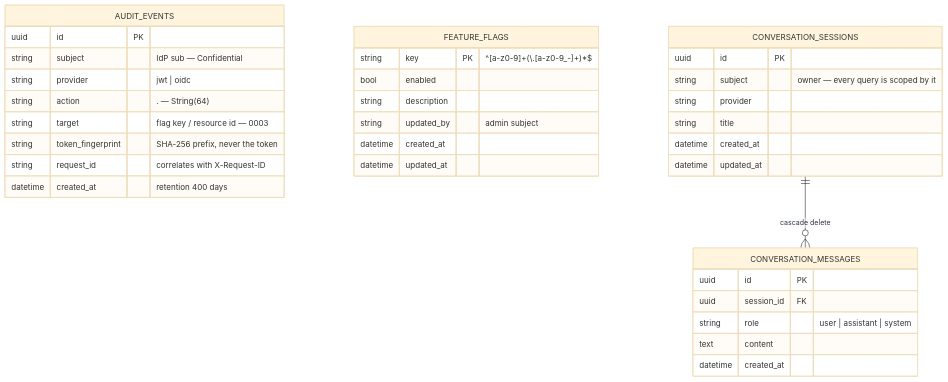
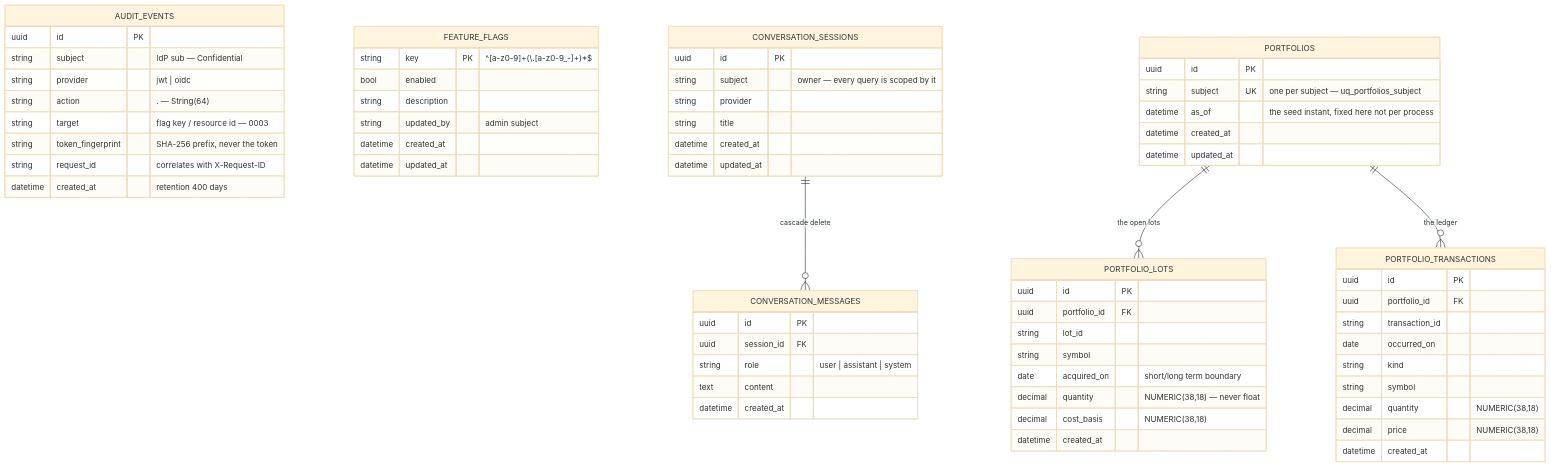
One commit to somnio-projects/finance-google-a2ui changed the diagram in docs/diagrams/07-data-model.md. Above: the diagram before and after it, drawn with Mermaid (base theme). The commit also changed other lines of this file and 8 other files, not shown here.

````diff
--- a/docs/diagrams/07-data-model.md
+++ b/docs/diagrams/07-data-model.md
@@ -5,37 +5,67 @@
 ```mermaid
 erDiagram
     AUDIT_EVENTS {
         uuid id PK
         string subject "IdP sub — Confidential"
         string provider "jwt | oidc"
         string action "<domain>.<verb> — String(64)"
         string target "flag key / resource id — 0003"
         string token_fingerprint "SHA-256 prefix, never the token"
         string request_id "correlates with X-Request-ID"
         datetime created_at "retention 400 days"
     }
     FEATURE_FLAGS {
         string key PK "^[a-z0-9]+(\\.[a-z0-9_-]+)*$"
         bool enabled
         string description
         string updated_by "admin subject"
         datetime created_at
         datetime updated_at
     }
     CONVERSATION_SESSIONS {
         uuid id PK
         string subject "owner — every query is scoped by it"
         string provider
         string title
         datetime created_at
         datetime updated_at
     }
     CONVERSATION_MESSAGES {
         uuid id PK
         uuid session_id FK
         string role "user | assistant | system"
         text content
         datetime created_at
     }
+    PORTFOLIOS {
+        uuid id PK
+        string subject UK "one per subject — uq_portfolios_subject"
+        datetime as_of "the seed instant, fixed here not per process"
+        datetime created_at
+        datetime updated_at
+    }
+    PORTFOLIO_LOTS {
+        uuid id PK
+        uuid portfolio_id FK
+        string lot_id
+        string symbol
+        date acquired_on "short/long term boundary"
+        decimal quantity "NUMERIC(38,18) — never float"
+        decimal cost_basis "NUMERIC(38,18)"
+        datetime created_at
+    }
+    PORTFOLIO_TRANSACTIONS {
+        uuid id PK
+        uuid portfolio_id FK
+        string transaction_id
+        date occurred_on
+        string kind
+        string symbol
+        decimal quantity "NUMERIC(38,18)"
+        decimal price "NUMERIC(38,18)"
+        datetime created_at
+    }
     CONVERSATION_SESSIONS ||--o{ CONVERSATION_MESSAGES : "cascade delete"
+    PORTFOLIOS ||--o{ PORTFOLIO_LOTS : "the open lots"
+    PORTFOLIOS ||--o{ PORTFOLIO_TRANSACTIONS : "the ledger"
 ```
````
